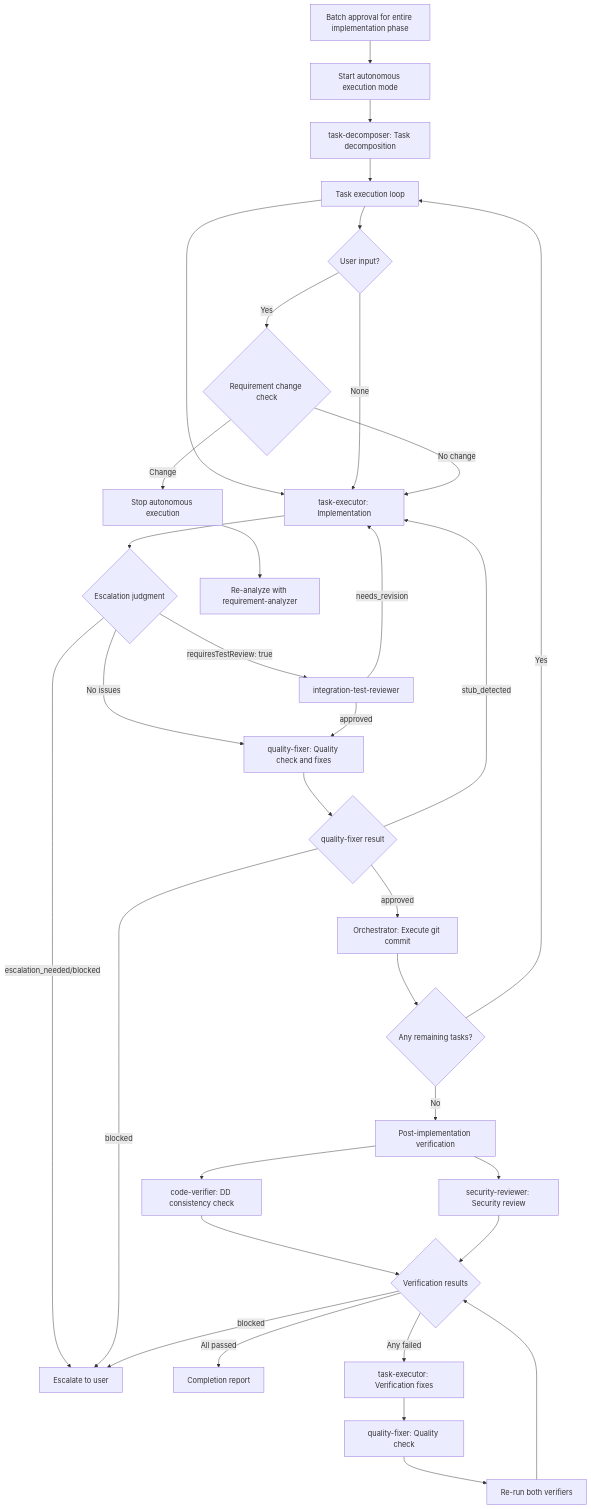
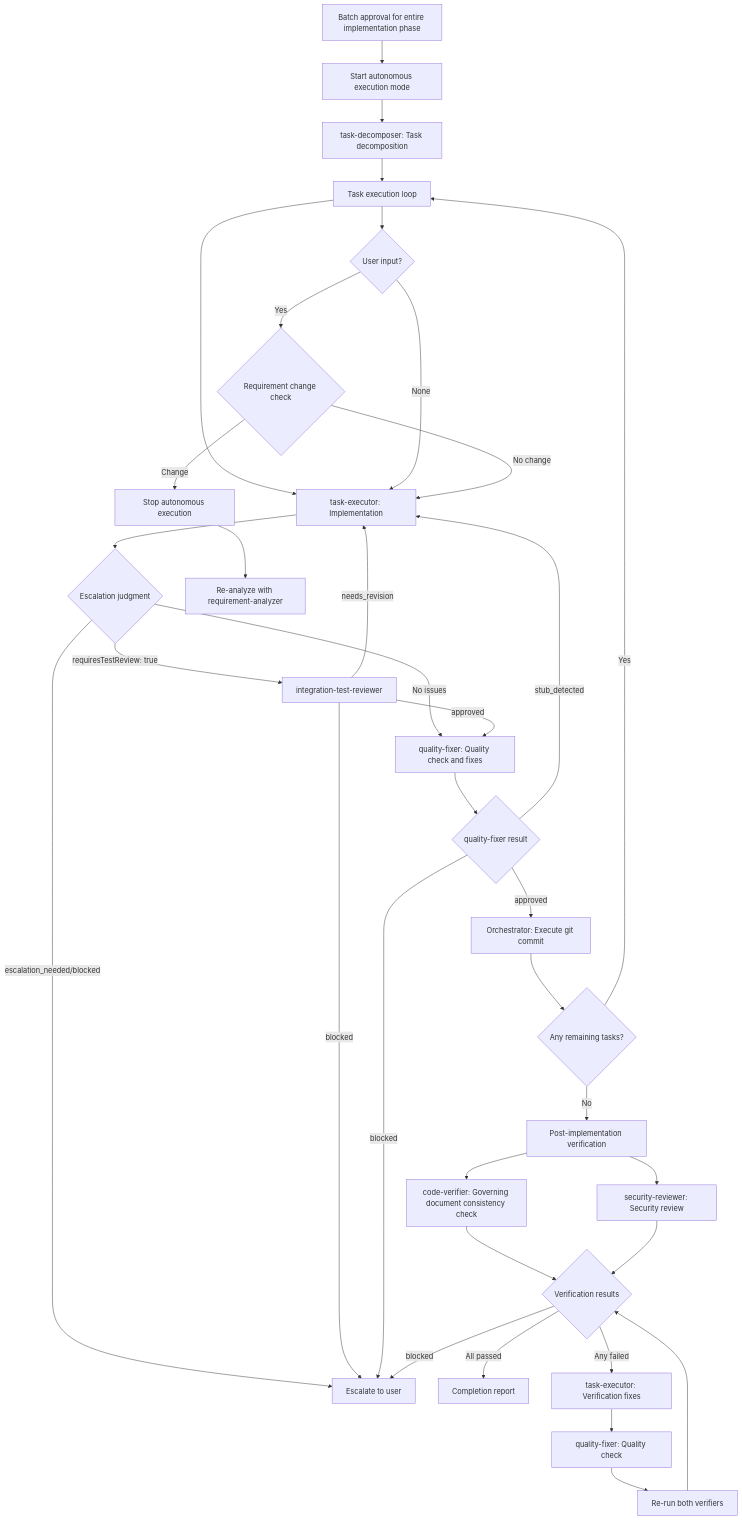
The diagram in mirrors/repos/shinpr@claude-code-workflows/dev-workflows/skills/subagents-orchestration-guide/SKILL.md (gabrielmoreira/agent-skills-mirror), drawn with Mermaid before and after one commit. The commit also changed other lines of this file and 2886 other files, not shown here.

````diff
--- a/mirrors/repos/shinpr@claude-code-workflows/dev-workflows/skills/subagents-orchestration-guide/SKILL.md
+++ b/mirrors/repos/shinpr@claude-code-workflows/dev-workflows/skills/subagents-orchestration-guide/SKILL.md
@@ -267,37 +245,38 @@
 ```mermaid
 graph TD
     START[Batch approval for entire implementation phase] --> AUTO[Start autonomous execution mode]
     AUTO --> TD[task-decomposer: Task decomposition]
     TD --> LOOP[Task execution loop]
     LOOP --> TE[task-executor: Implementation]
     TE --> ESCJUDGE{Escalation judgment}
     ESCJUDGE -->|escalation_needed/blocked| USERESC[Escalate to user]
     ESCJUDGE -->|requiresTestReview: true| ITR[integration-test-reviewer]
     ESCJUDGE -->|No issues| QF
     ITR -->|needs_revision| TE
     ITR -->|approved| QF
+    ITR -->|blocked| USERESC
     QF[quality-fixer: Quality check and fixes] --> QFJUDGE{quality-fixer result}
     QFJUDGE -->|stub_detected| TE
     QFJUDGE -->|approved| COMMIT[Orchestrator: Execute git commit]
     QFJUDGE -->|blocked| USERESC
     COMMIT --> CHECK{Any remaining tasks?}
     CHECK -->|Yes| LOOP
     CHECK -->|No| VERIFY[Post-implementation verification]
-    VERIFY --> CV[code-verifier: DD consistency check]
+    VERIFY --> CV[code-verifier: Governing document consistency check]
     VERIFY --> SEC[security-reviewer: Security review]
     CV --> VRESULT{Verification results}
     SEC --> VRESULT
     VRESULT -->|All passed| REPORT[Completion report]
     VRESULT -->|Any failed| VFIX[task-executor: Verification fixes]
     VFIX --> QF2[quality-fixer: Quality check]
     QF2 --> REVERIFY[Re-run both verifiers]
     REVERIFY --> VRESULT
     VRESULT -->|blocked| USERESC
 
     LOOP --> INTERRUPT{User input?}
     INTERRUPT -->|None| TE
     INTERRUPT -->|Yes| REQCHECK{Requirement change check}
     REQCHECK -->|No change| TE
     REQCHECK -->|Change| STOP[Stop autonomous execution]
     STOP --> RA[Re-analyze with requirement-analyzer]
 ```
````
